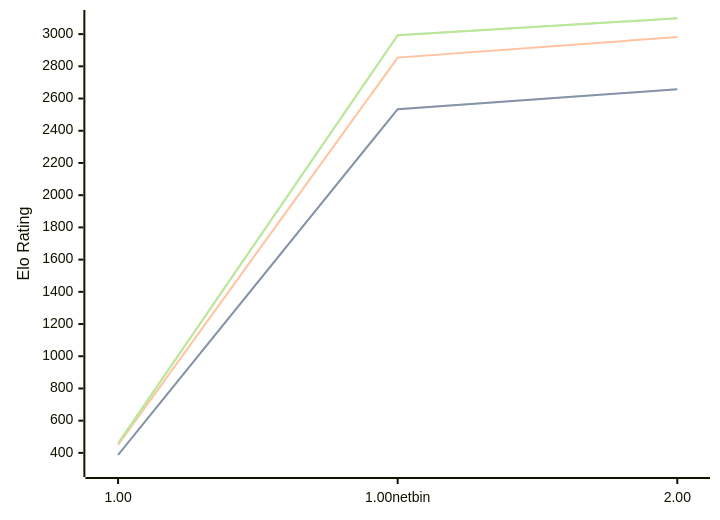
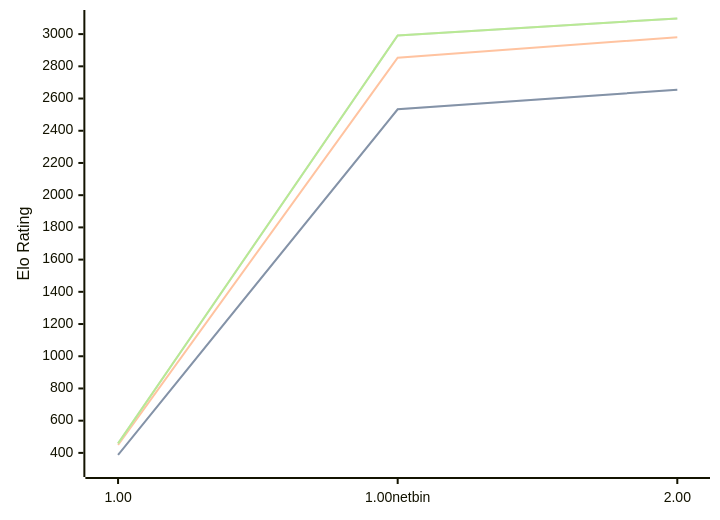
The third of 3 diagrams in engines/Gilipol.md (computer-chess-index/cci), drawn with Mermaid before and after one commit. The commit also changed other lines of this file, not shown here.

Commit message:
Update CCI Ratings (ELO VLTC) - 2026-06-27

````diff
--- a/engines/Gilipol.md
+++ b/engines/Gilipol.md
@@ -66,11 +66,11 @@
 ```mermaid
 %%{init: {"theme":"base","themeVariables":{"seriesColors:['#a3a3a3','#222221','#faa371']}}}%%
 xychart-beta
   x-axis ["1.00", "1.00netbin", "2.00"]
   y-axis "Elo Rating" 300 --> 3100
-  line "STC (8.0+0.08s)" [387, 2534, 2657]
-  line "STC (8.0+0.08s)" [387, 2534, 2657]
-  line "LTC (60.0+0.60s)" [450, 2854, 2982]
-  line "VLTC (2m24s+1.12s)" [459, 2993, 3098]
-  line "VLTC (2m24s+1.12s)" [459, 2993, 3098]
+  line "STC (8.0+0.08s)" [387, 2533, 2655]
+  line "STC (8.0+0.08s)" [387, 2533, 2655]
+  line "LTC (60.0+0.60s)" [450, 2853, 2981]
+  line "VLTC (2m24s+1.12s)" [459, 2992, 3097]
+  line "VLTC (2m24s+1.12s)" [459, 2992, 3097]
 ```
````
